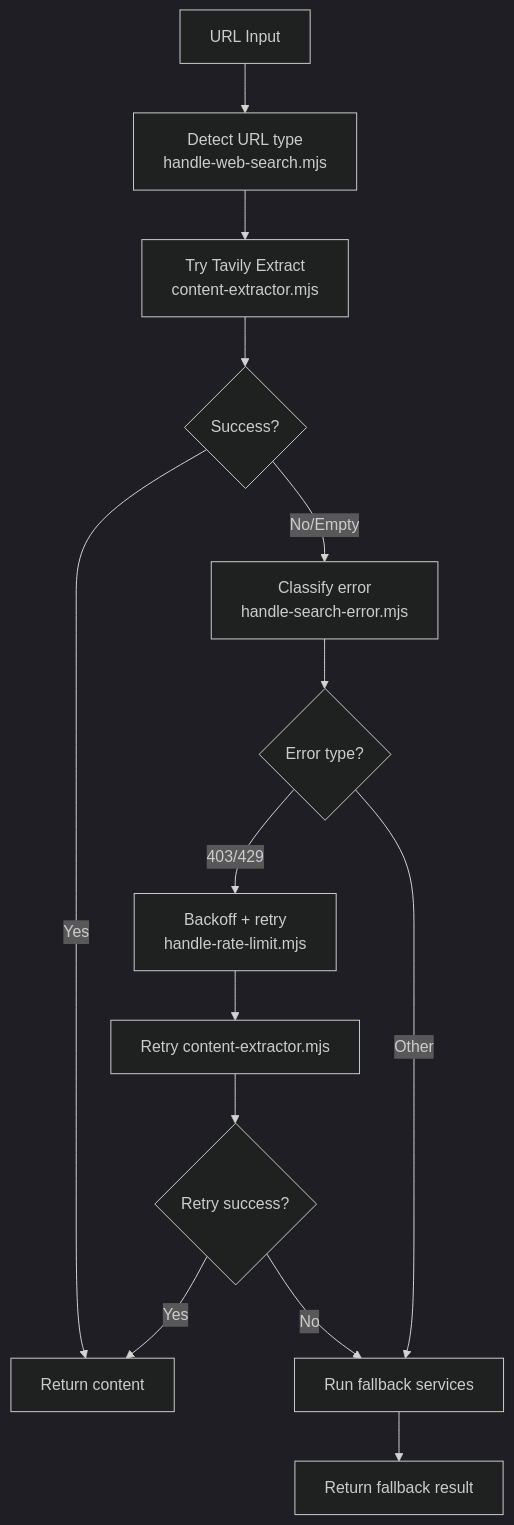
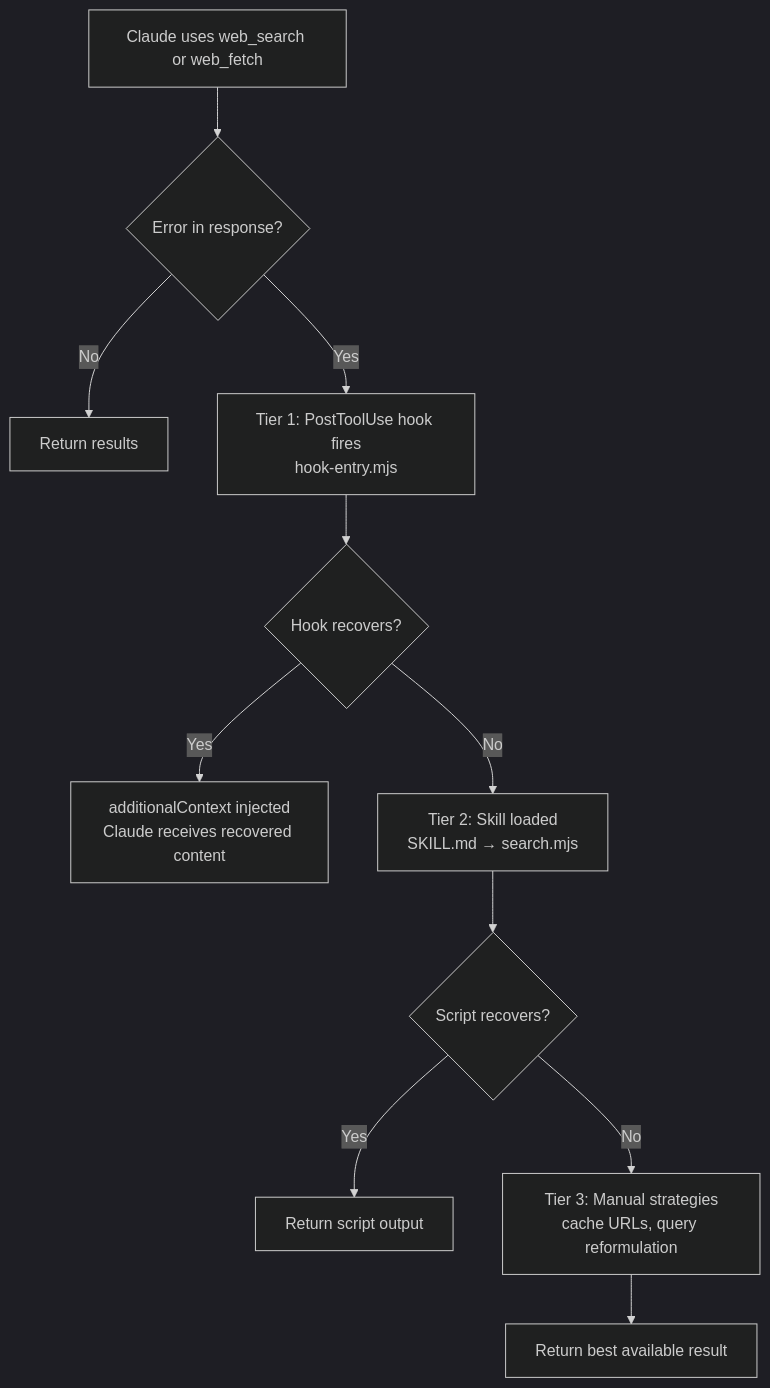
One commit to shrwnsan/vibekit-claude-plugins changed the diagram in plugins/search-plus/docs/ARCHITECTURE.md. Above: the diagram before and after it, drawn with Mermaid (dark theme). The commit also changed other lines of this file and 71 other files, not shown here.

First line of the commit message:
feat(search-plus): extract meta-search into standalone portable skill (v2.11.0) (#76)

````diff
--- a/plugins/search-plus/docs/ARCHITECTURE.md
+++ b/plugins/search-plus/docs/ARCHITECTURE.md
@@ -20,16 +24,13 @@
 ```mermaid
 flowchart TD
-    A[URL Input] --> B[Detect URL type<br/>handle-web-search.mjs]
-    B --> C[Try Tavily Extract<br/>content-extractor.mjs]
-    C --> D{Success?}
-    D -->|Yes| E[Return content]
-    D -->|No/Empty| F[Classify error<br/>handle-search-error.mjs]
-    F --> G{Error type?}
-    G -->|403/429| H[Backoff + retry<br/>handle-rate-limit.mjs]
-    G -->|Other| I[Run fallback services]
-    H --> J[Retry content-extractor.mjs]
-    J --> K{Retry success?}
-    K -->|Yes| E
-    K -->|No| I
-    I --> L[Return fallback result]
+    A[Claude uses web_search or web_fetch] --> B{Error in response?}
+    B -->|No| C[Return results]
+    B -->|Yes| D["Tier 1: PostToolUse hook fires<br/>hook-entry.mjs"]
+    D --> E{Hook recovers?}
+    E -->|Yes| F["additionalContext injected<br/>Claude receives recovered content"]
+    E -->|No| G["Tier 2: Skill loaded<br/>SKILL.md → search.mjs"]
+    G --> H{Script recovers?}
+    H -->|Yes| I[Return script output]
+    H -->|No| J["Tier 3: Manual strategies<br/>cache URLs, query reformulation"]
+    J --> K[Return best available result]
 ```
````
